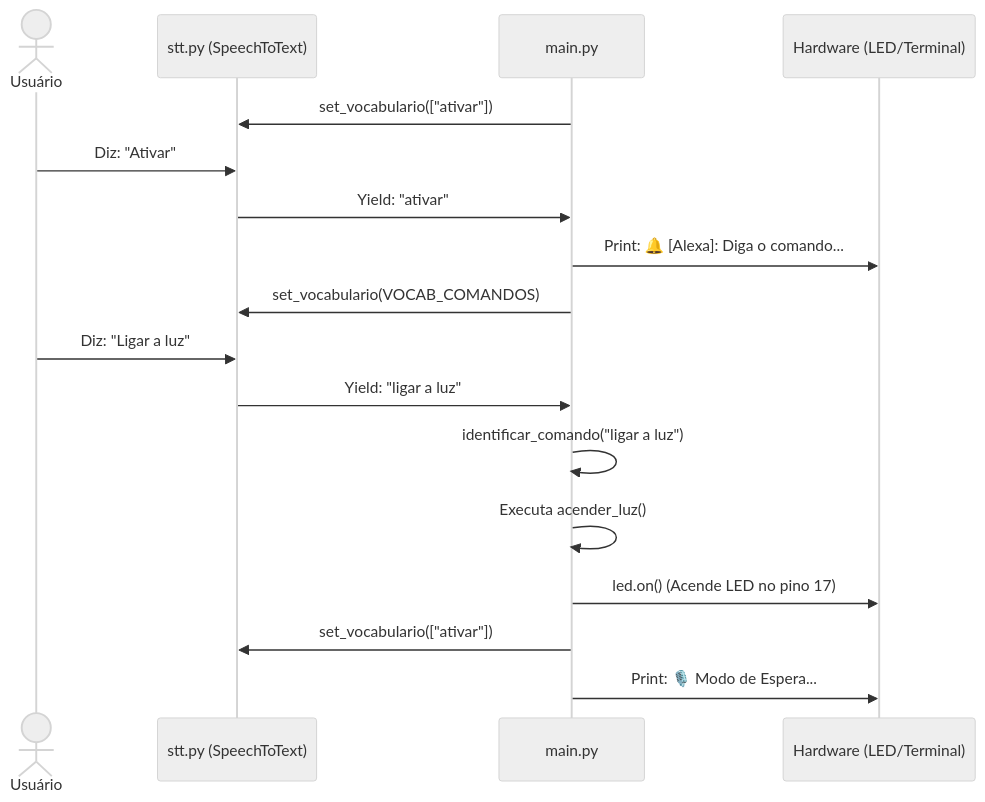
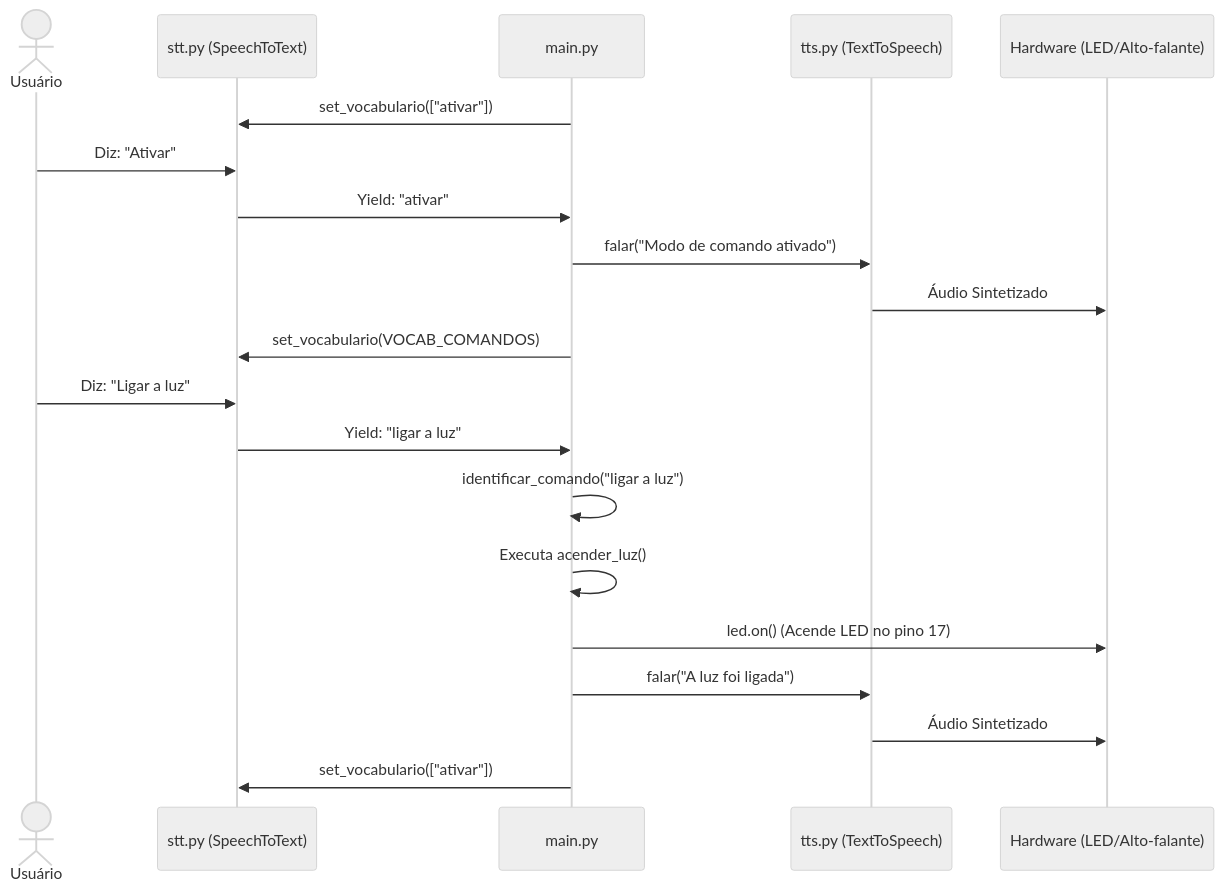
One commit to maris-silva/llm-voice-assistant changed the fifth of 7 diagrams in docs/relatorio.md. Above: the diagram before and after it, drawn with Mermaid (neutral theme). The commit also changed other lines of this file, not shown here.

Commit message:
update sequence diagram

````diff
--- a/docs/relatorio.md
+++ b/docs/relatorio.md
@@ -227,24 +227,28 @@
 ```mermaid
 sequenceDiagram
     actor U as Usuário
     participant STT as stt.py (SpeechToText)
     participant M as main.py
-    participant HW as Hardware (LED/Terminal)
+    participant TTS as tts.py (TextToSpeech)
+    participant HW as Hardware (LED/Alto-falante)
 
     M->>STT: set_vocabulario(["ativar"])
     U->>STT: Diz: "Ativar"
     STT->>M: Yield: "ativar"
     
-    M->>HW: Print: 🔔 [Alexa]: Diga o comando...
+    M->>TTS: falar("Modo de comando ativado")
+    TTS->>HW: Áudio Sintetizado
     M->>STT: set_vocabulario(VOCAB_COMANDOS)
     
     U->>STT: Diz: "Ligar a luz"
     STT->>M: Yield: "ligar a luz"
     
     M->>M: identificar_comando("ligar a luz")
     M->>M: Executa acender_luz()
     M->>HW: led.on() (Acende LED no pino 17)
     
+    M->>TTS: falar("A luz foi ligada")
+    TTS->>HW: Áudio Sintetizado
+    
     M->>STT: set_vocabulario(["ativar"])
-    M->>HW: Print: 🎙️ Modo de Espera...
 ```
````
